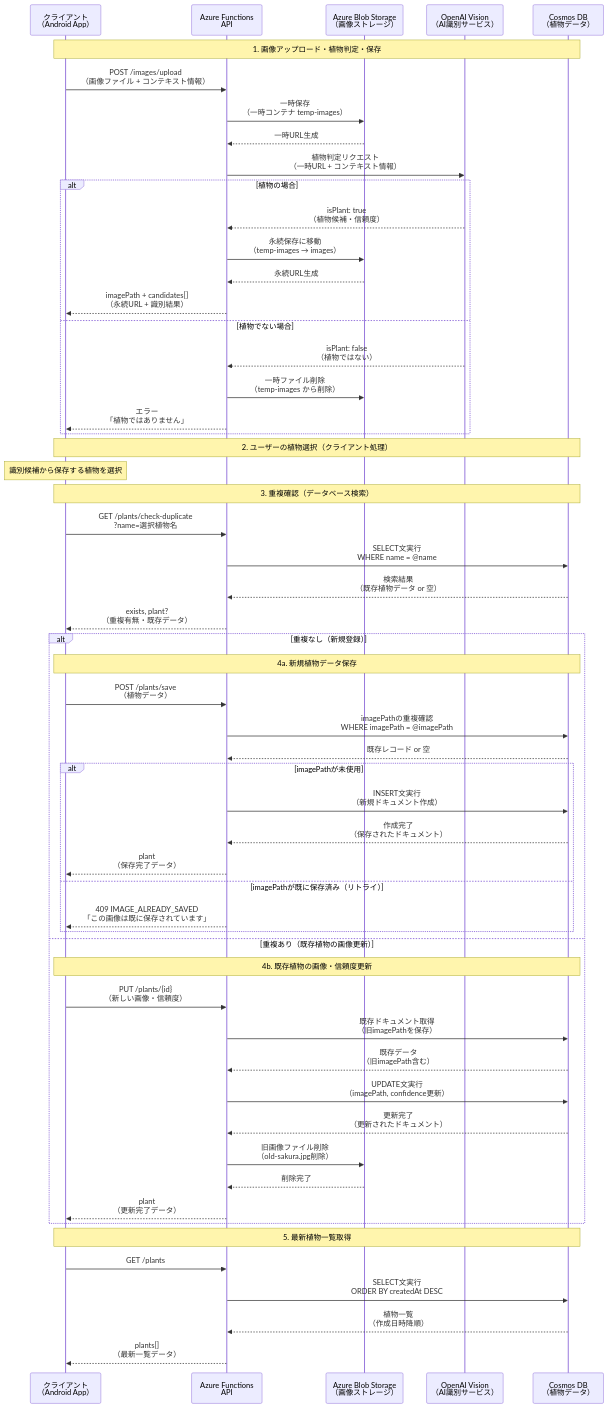
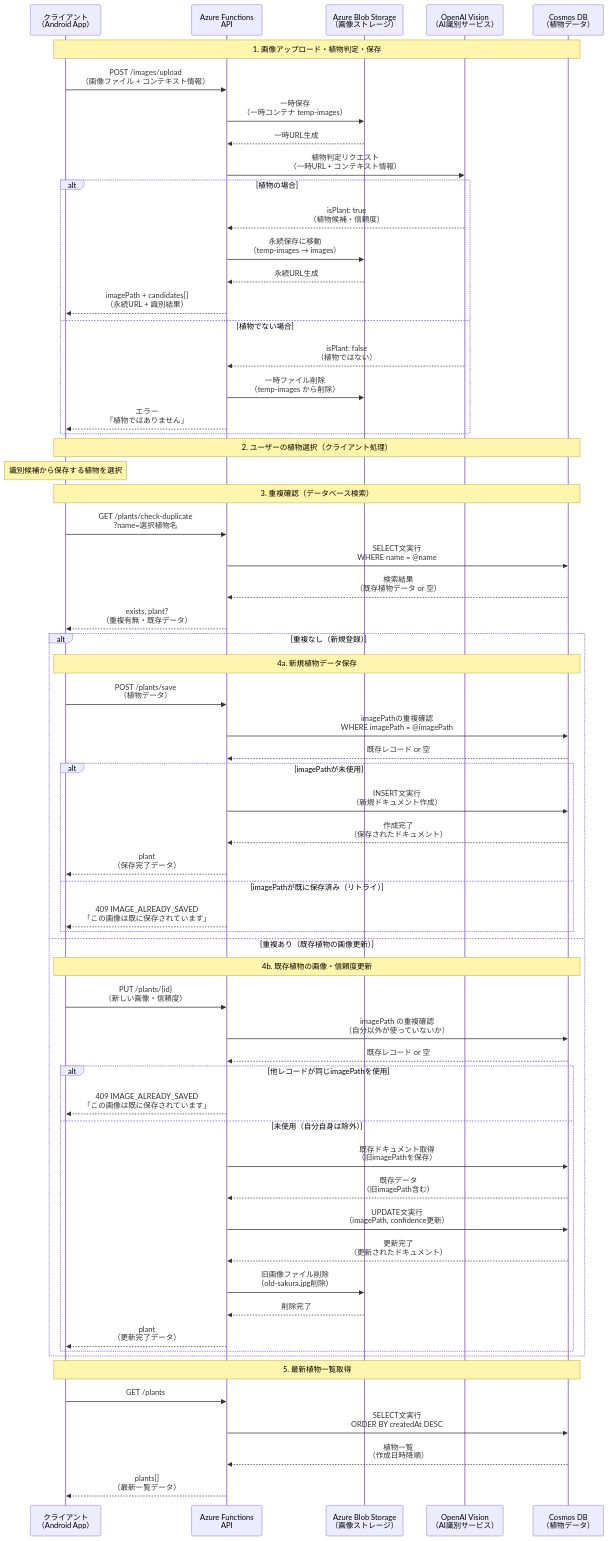
Before and after one commit to nmasashi/snaplant: the first of 3 diagrams in docs/07_api_workflow.md, drawn with Mermaid. The commit also changed other lines of this file and 2 other files, not shown here.

````diff
--- a/docs/07_api_workflow.md
+++ b/docs/07_api_workflow.md
@@ -12,65 +12,71 @@
 ```mermaid
 sequenceDiagram
     participant Client as クライアント<br/>（Android App）  
     participant API as Azure Functions<br/>API
     participant Blob as Azure Blob Storage<br/>（画像ストレージ）
     participant AI as OpenAI Vision<br/>（AI識別サービス）
     participant DB as Cosmos DB<br/>（植物データ）
 
     Note over Client,DB: 1. 画像アップロード・植物判定・保存
     Client->>API: POST /images/upload<br/>（画像ファイル + コンテキスト情報）
     API->>Blob: 一時保存<br/>（一時コンテナ temp-images）
     Blob-->>API: 一時URL生成
     API->>AI: 植物判定リクエスト<br/>（一時URL + コンテキスト情報）
     
     alt 植物の場合
         AI-->>API: isPlant: true<br/>（植物候補・信頼度）
         API->>Blob: 永続保存に移動<br/>（temp-images → images）
         Blob-->>API: 永続URL生成
         API-->>Client: imagePath + candidates[]<br/>（永続URL + 識別結果）
     else 植物でない場合
         AI-->>API: isPlant: false<br/>（植物ではない）
         API->>Blob: 一時ファイル削除<br/>（temp-images から削除）
         API-->>Client: エラー<br/>「植物ではありません」
     end
 
     Note over Client,DB: 2. ユーザーの植物選択（クライアント処理）
     Note over Client: 識別候補から保存する植物を選択
 
     Note over Client,DB: 3. 重複確認（データベース検索）
     Client->>API: GET /plants/check-duplicate<br/>?name=選択植物名
     API->>DB: SELECT文実行<br/>WHERE name = @name
     DB-->>API: 検索結果<br/>（既存植物データ or 空）
     API-->>Client: exists, plant?<br/>（重複有無・既存データ）
 
     alt 重複なし（新規登録）
         Note over Client,DB: 4a. 新規植物データ保存
         Client->>API: POST /plants/save<br/>（植物データ）
         API->>DB: imagePathの重複確認<br/>WHERE imagePath = @imagePath
         DB-->>API: 既存レコード or 空
 
         alt imagePathが未使用
             API->>DB: INSERT文実行<br/>（新規ドキュメント作成）
             DB-->>API: 作成完了<br/>（保存されたドキュメント）
             API-->>Client: plant<br/>（保存完了データ）
         else imagePathが既に保存済み（リトライ）
             API-->>Client: 409 IMAGE_ALREADY_SAVED<br/>「この画像は既に保存されています」
         end
     else 重複あり（既存植物の画像更新）
         Note over Client,DB: 4b. 既存植物の画像・信頼度更新
         Client->>API: PUT /plants/{id}<br/>（新しい画像・信頼度）
-        API->>DB: 既存ドキュメント取得<br/>（旧imagePathを保存）
-        DB-->>API: 既存データ<br/>（旧imagePath含む）
-        API->>DB: UPDATE文実行<br/>（imagePath, confidence更新）
-        DB-->>API: 更新完了<br/>（更新されたドキュメント）
-        API->>Blob: 旧画像ファイル削除<br/>（old-sakura.jpg削除）
-        Blob-->>API: 削除完了
-        API-->>Client: plant<br/>（更新完了データ）
+        API->>DB: imagePath の重複確認<br/>（自分以外が使っていないか）
+        DB-->>API: 既存レコード or 空
+        alt 他レコードが同じimagePathを使用
+            API-->>Client: 409 IMAGE_ALREADY_SAVED<br/>「この画像は既に保存されています」
+        else 未使用（自分自身は除外）
+            API->>DB: 既存ドキュメント取得<br/>（旧imagePathを保存）
+            DB-->>API: 既存データ<br/>（旧imagePath含む）
+            API->>DB: UPDATE文実行<br/>（imagePath, confidence更新）
+            DB-->>API: 更新完了<br/>（更新されたドキュメント）
+            API->>Blob: 旧画像ファイル削除<br/>（old-sakura.jpg削除）
+            Blob-->>API: 削除完了
+            API-->>Client: plant<br/>（更新完了データ）
+        end
     end
 
     Note over Client,DB: 5. 最新植物一覧取得
     Client->>API: GET /plants
     API->>DB: SELECT文実行<br/>ORDER BY createdAt DESC
     DB-->>API: 植物一覧<br/>（作成日時降順）
     API-->>Client: plants[]<br/>（最新一覧データ）
 ```
````
